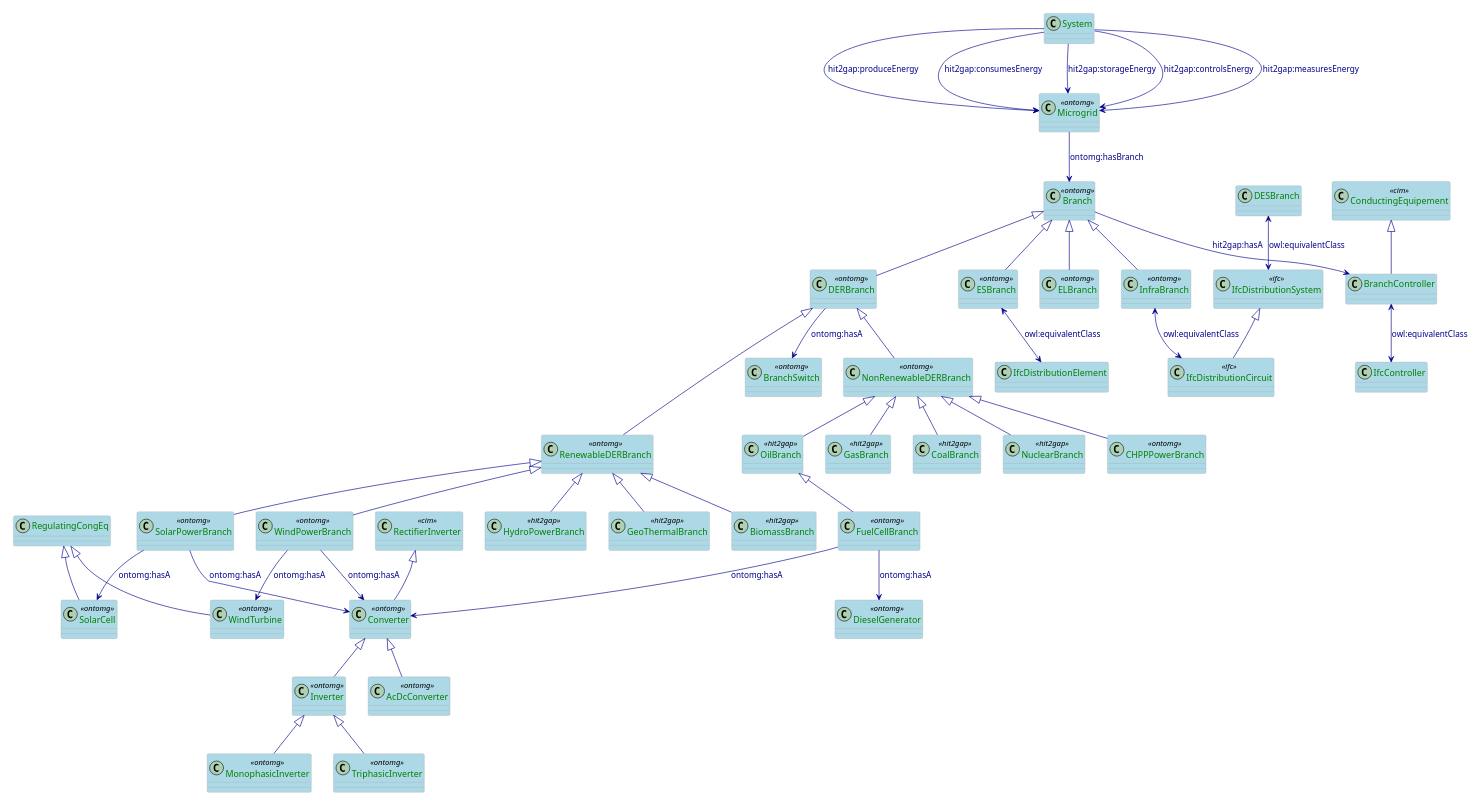
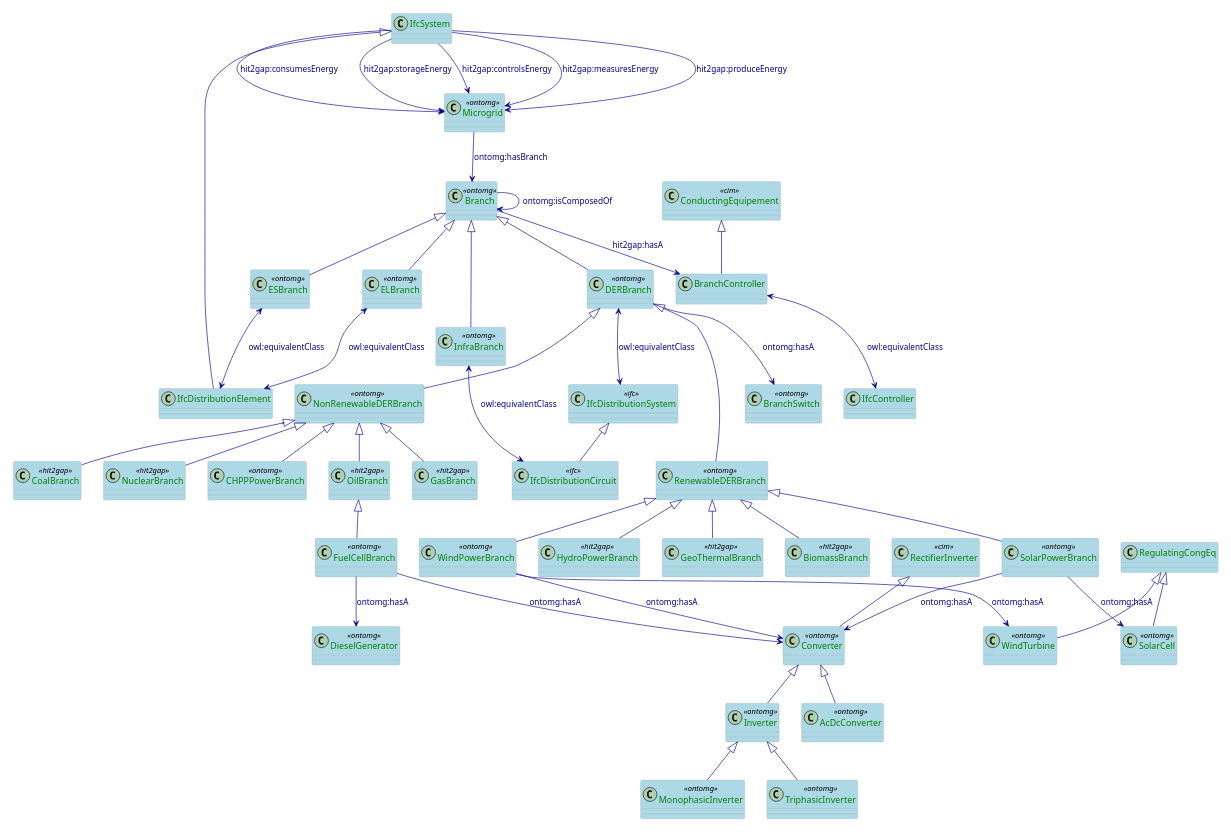
Before and after one commit to HIT2GAP-EU-PROJECT/BEMOnt: the diagram in docs/plantuml/BuildingGridDescription.puml, drawn with PlantUML. The commit also changed 24 other files, not shown here.

```diff
--- a/docs/plantuml/BuildingGridDescription.puml
+++ b/docs/plantuml/BuildingGridDescription.puml
@@ -1,119 +1,121 @@
 @startuml
 
 scale 0.5
 
 skinparam class {
   ArrowColor DarkBlue
   ArrowFontColor DarkBlue
   BackgroundColor LightBlue
   BorderColor DarkGrey
 }
 skinparam stereotypeCBackgroundColor Wheat
 skinparam classAttributeFontColor  Green
 
 /'
   Definition of microgrid part
 '/
 
 class Microgrid <<ontomg>>
 class  Branch <<ontomg>>
 class ESBranch <<ontomg>>
 class DERBranch <<ontomg>>
 class ELBranch <<ontomg>>
 class InfraBranch <<ontomg>>
 
 class BranchSwitch <<ontomg>>
 class NonRenewableDERBranch <<ontomg>>
 class RenewableDERBranch <<ontomg>>
 class SolarPowerBranch <<ontomg>>
 class WindPowerBranch <<ontomg>>
 class Converter <<ontomg>>
 class Inverter <<ontomg>>
 class AcDcConverter <<ontomg>>
 class WindTurbine <<ontomg>>
 class SolarCell <<ontomg>>
 class FuelCellBranch <<ontomg>>
 class CHPPPowerBranch <<ontomg>>
 class DieselGenerator <<ontomg>>
 class MonophasicInverter <<ontomg>>
 class TriphasicInverter <<ontomg>>
 
 class ConductingEquipement <<cim>>
 class RectifierInverter <<cim>>
 
 class HydroPowerBranch <<hit2gap>>
 class GeoThermalBranch <<hit2gap>>
 class BiomassBranch <<hit2gap>>
 class OilBranch <<hit2gap>>
 class GasBranch <<hit2gap>>
 class CoalBranch <<hit2gap>>
 class NuclearBranch <<hit2gap>>
 
 class IfcDistributionCircuit <<ifc>>
 class IfcDistributionSystem <<ifc>>
 
 
 /'
     Incorporation of micro-grid description to the building
 '/
 
 Microgrid --> Branch: ontomg:hasBranch
+Branch --> Branch: ontomg:isComposedOf
 Branch <|-- ESBranch
 Branch <|-- DERBranch
 Branch <|-- ELBranch
 Branch <|-- InfraBranch
 
 Branch --> BranchController: hit2gap:hasA
 
 IfcDistributionSystem<|-- IfcDistributionCircuit
 BranchController <--> IfcController: owl:equivalentClass
 ConductingEquipement <|-- BranchController
 InfraBranch <--> IfcDistributionCircuit: owl:equivalentClass
-DESBranch <--> IfcDistributionSystem: owl:equivalentClass
+DERBranch <--> IfcDistributionSystem: owl:equivalentClass
 ESBranch <--> IfcDistributionElement: owl:equivalentClass
+ELBranch <--> IfcDistributionElement: owl:equivalentClass
+
+IfcSystem <|-- IfcDistributionElement
 
 DERBranch --> BranchSwitch: ontomg:hasA
 DERBranch<|-- RenewableDERBranch
 DERBranch<|-- NonRenewableDERBranch
 
 RenewableDERBranch <|-- SolarPowerBranch
 RenewableDERBranch <|-- WindPowerBranch
 RenewableDERBranch <|-- HydroPowerBranch
 RenewableDERBranch <|-- GeoThermalBranch
 RenewableDERBranch <|-- BiomassBranch
 
 SolarPowerBranch--> SolarCell: ontomg:hasA
 WindPowerBranch --> WindTurbine: ontomg:hasA
 
 RegulatingCongEq <|-- WindTurbine
 RegulatingCongEq <|-- SolarCell
 
 SolarPowerBranch --> Converter: ontomg:hasA
 WindPowerBranch --> Converter: ontomg:hasA
 
 RectifierInverter <|-- Converter
 Converter <|-- Inverter
 Converter <|-- AcDcConverter
 
 Inverter <|-- MonophasicInverter
 Inverter <|-- TriphasicInverter
 
 
 NonRenewableDERBranch <|-- OilBranch
 NonRenewableDERBranch <|-- GasBranch
 NonRenewableDERBranch <|-- CoalBranch
 NonRenewableDERBranch <|-- NuclearBranch
 OilBranch <|-- FuelCellBranch
 NonRenewableDERBranch <|-- CHPPPowerBranch
 
 FuelCellBranch --> Converter: ontomg:hasA
 FuelCellBranch --> DieselGenerator: ontomg:hasA
 
-System --> Microgrid: hit2gap:produceEnergy
-System --> Microgrid: hit2gap:consumesEnergy
-System --> Microgrid: hit2gap:storageEnergy
-System --> Microgrid: hit2gap:controlsEnergy
-System --> Microgrid: hit2gap:measuresEnergy
-
-
+IfcSystem --> Microgrid: hit2gap:produceEnergy
+IfcSystem --> Microgrid: hit2gap:consumesEnergy
+IfcSystem --> Microgrid: hit2gap:storageEnergy
+IfcSystem --> Microgrid: hit2gap:controlsEnergy
+IfcSystem --> Microgrid: hit2gap:measuresEnergy
 @enduml
```
